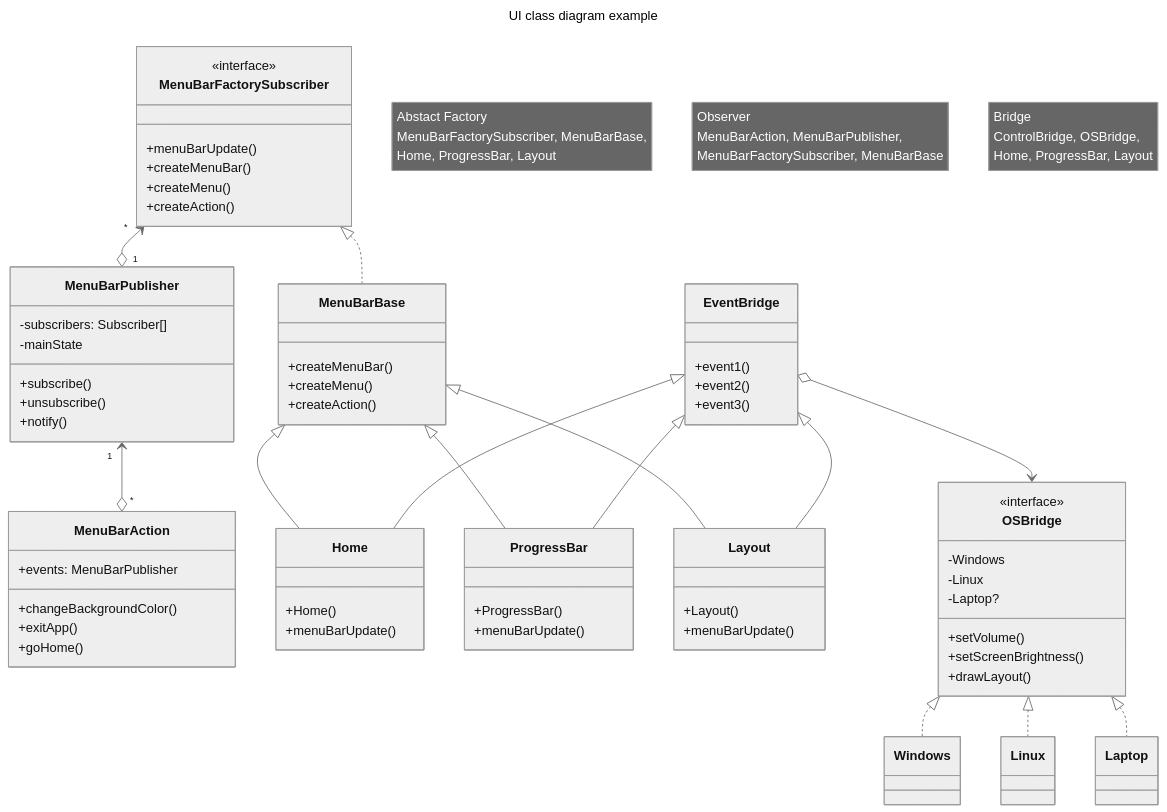
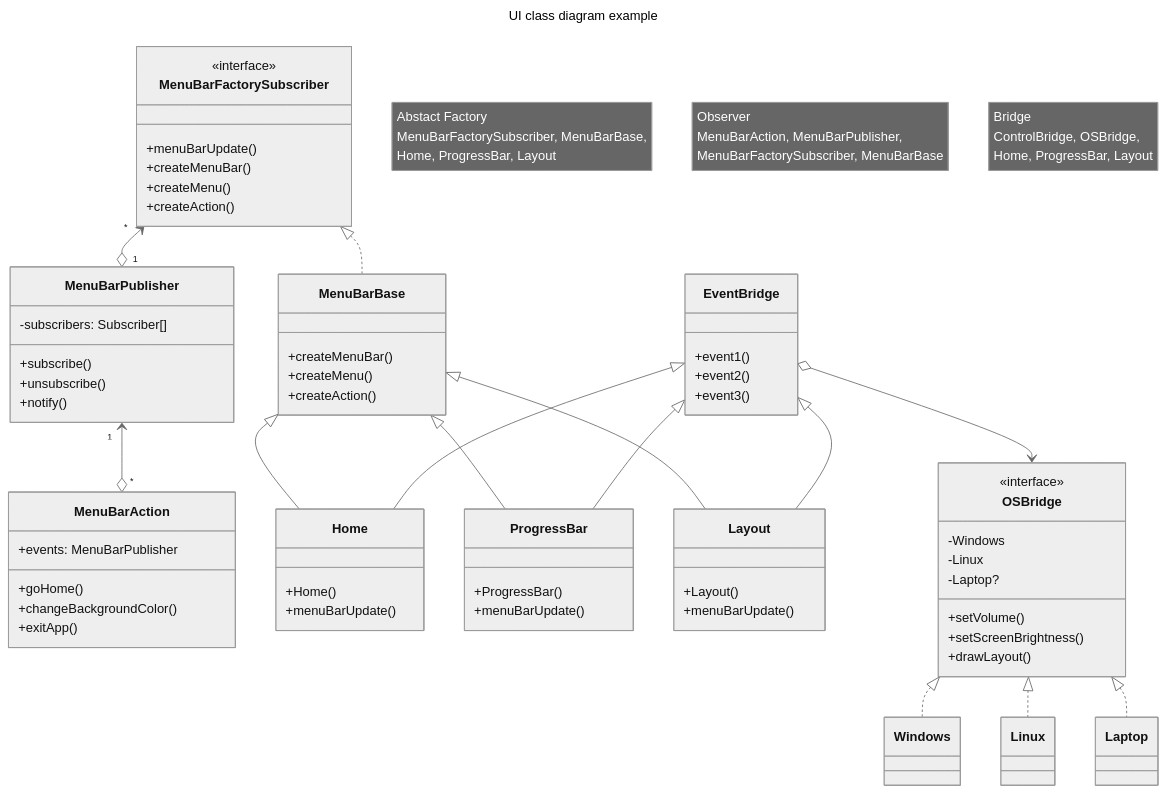
The first of 2 diagrams in qt_ws/README.md (ssarl2/cpp-practice), drawn with Mermaid (neutral theme) before and after one commit. The commit also changed 9 other files, not shown here.

```diff
--- a/qt_ws/README.md
+++ b/qt_ws/README.md
@@ -96,13 +96,12 @@
 
     class MenuBarAction{
         +events: MenuBarPublisher
+        +goHome()
         +changeBackgroundColor()
         +exitApp()
-        +goHome()
     }
     class MenuBarPublisher{
         -subscribers: Subscriber[]
-        -mainState
         +subscribe()
         +unsubscribe()
         +notify()
```
